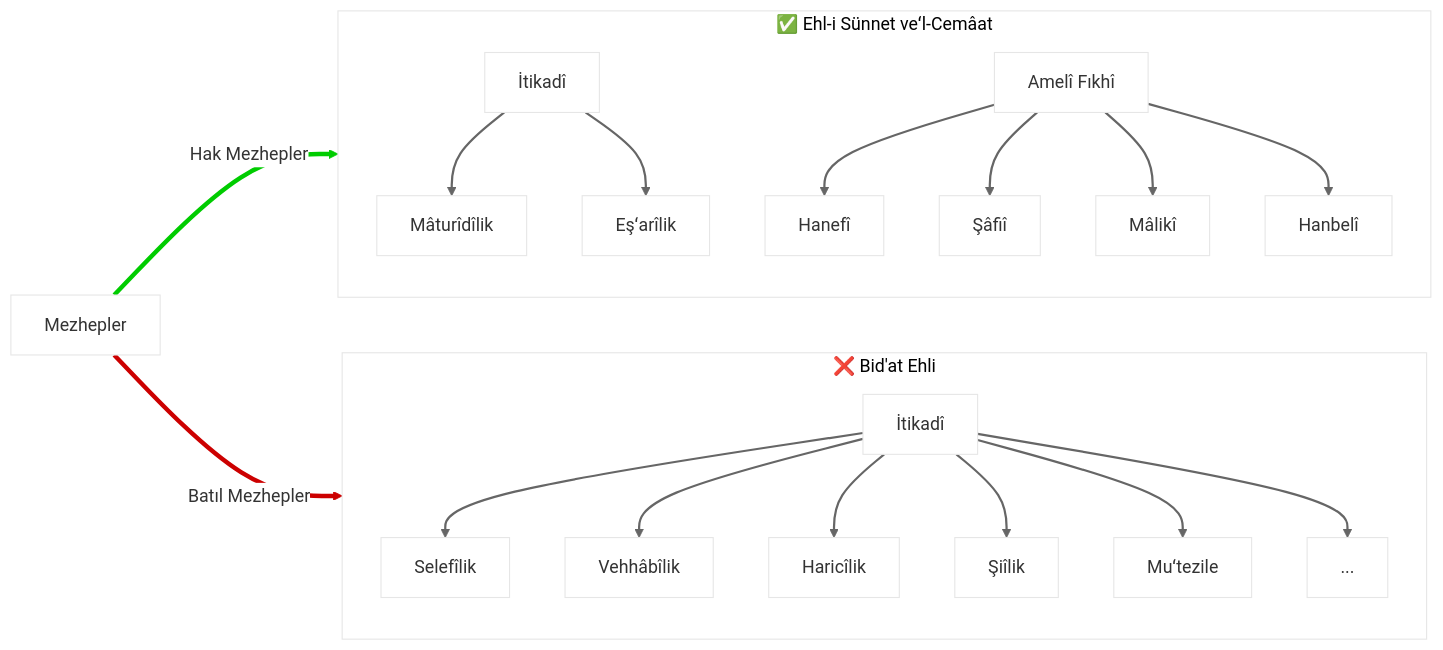
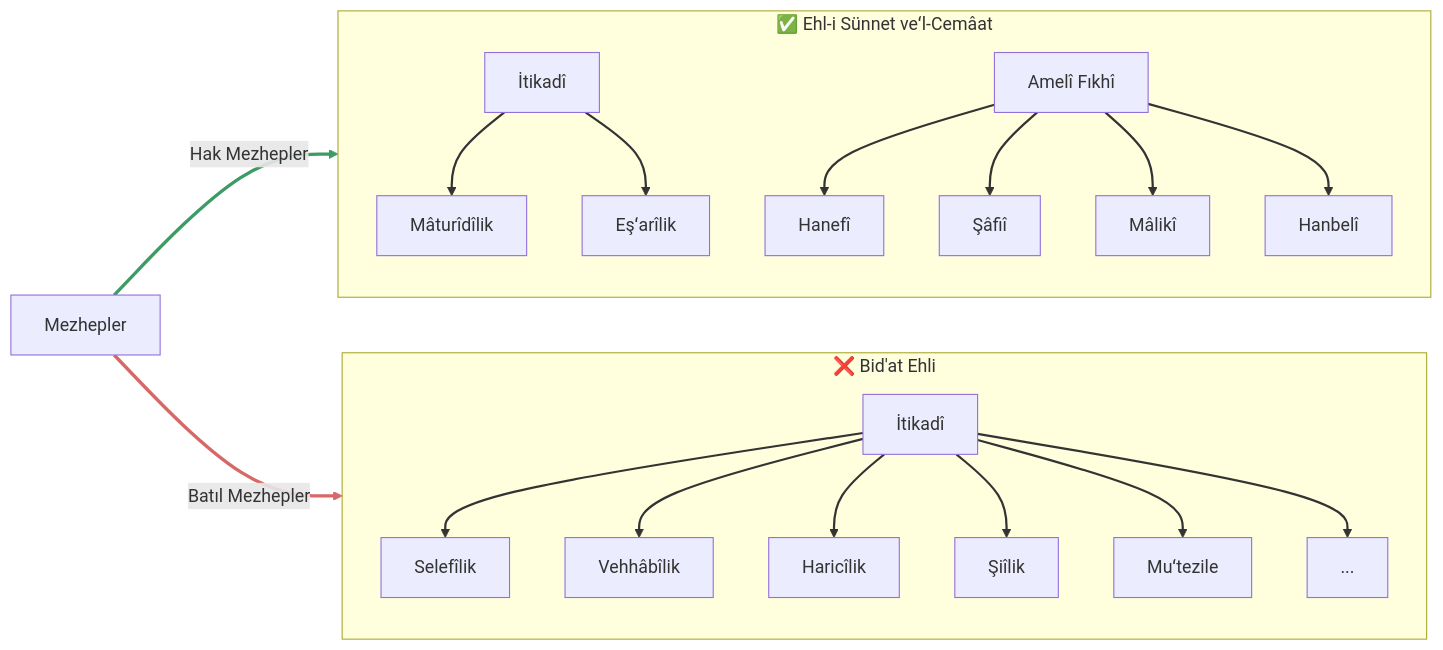
The diagram in content/index.md (sifirib/atolye_kutuphanesi), drawn with Mermaid before and after one commit. The commit also changed other lines of this file and 1 other file, not shown here.

Commit message:
docs: update the home page guide and fix diagram readability

````diff
--- a/content/index.md
+++ b/content/index.md
@@ -8,71 +8,51 @@
 ```mermaid
-%%{init: {'theme':'base', 'themeVariables': {'primaryColor': '#ffffff'}}}%%
 graph LR
-   A[Mezhepler]
+   A[Mezhepler]:::mezheplerRoot
    
    subgraph ES[✅ Ehl-i Sünnet veʻl-Cemâat]
        direction TB
        ES1[İtikadî]
        ES2[Amelî Fıkhî]
        
        ES1a[Mâturîdîlik]
        ES1b[Eşʻarîlik]
        
        ES2a[Hanefî]
        ES2b[Şâfiî] 
        ES2c[Mâlikî]
        ES2d[Hanbelî]
        
        ES1 --> ES1a
        ES1 --> ES1b
        ES2 --> ES2a
        ES2 --> ES2b
        ES2 --> ES2c
        ES2 --> ES2d
    end
    
    subgraph B[❌ Bid'at Ehli]
        direction TB
        B1[İtikadî]
        B1a[Selefîlik]
        B1b[Vehhâbîlik] 
        B1c[Haricîlik]
        B1d[Şiîlik]
        B1e[Muʻtezile]
        B1f[...]
        
        B1 --> B1a
        B1 --> B1b
        B1 --> B1c
        B1 --> B1d
        B1 --> B1e
        B1 --> B1f
    end
 
    A -->|Hak Mezhepler| ES
    A -->|Batıl Mezhepler| B
    
    
-   classDef bidatStyle fill:#cc0000
-   classDef sunnetStyle fill:#90EE90
-   
-   class B #666
-   class ES #666
-   
-   linkStyle 12 stroke:#00cc00,stroke-width:4px
-   linkStyle 13 stroke:#cc0000,stroke-width:4px
-   
-   %% Internal arrows styling
-   linkStyle 0 stroke:#666,stroke-width:2px
-   linkStyle 1 stroke:#666,stroke-width:2px
-   linkStyle 2 stroke:#666,stroke-width:2px
-   linkStyle 3 stroke:#666,stroke-width:2px
-   linkStyle 4 stroke:#666,stroke-width:2px
-   linkStyle 5 stroke:#666,stroke-width:2px
-   linkStyle 6 stroke:#666,stroke-width:2px
-   linkStyle 7 stroke:#666,stroke-width:2px
-   linkStyle 8 stroke:#666,stroke-width:2px
-   linkStyle 9 stroke:#666,stroke-width:2px
-   linkStyle 10 stroke:#666,stroke-width:2px
-   linkStyle 11 stroke:#666,stroke-width:2px
+   linkStyle default stroke-width:2px
+   linkStyle 12 stroke:#3d9b65,stroke-width:3px
+   linkStyle 13 stroke:#d76868,stroke-width:3px
 ```
````
